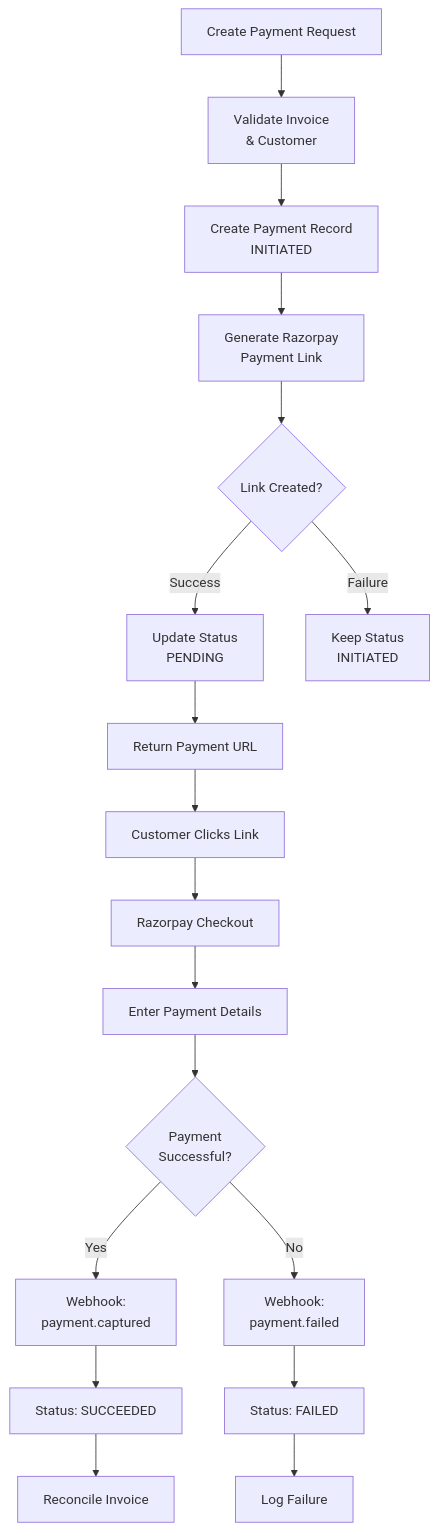
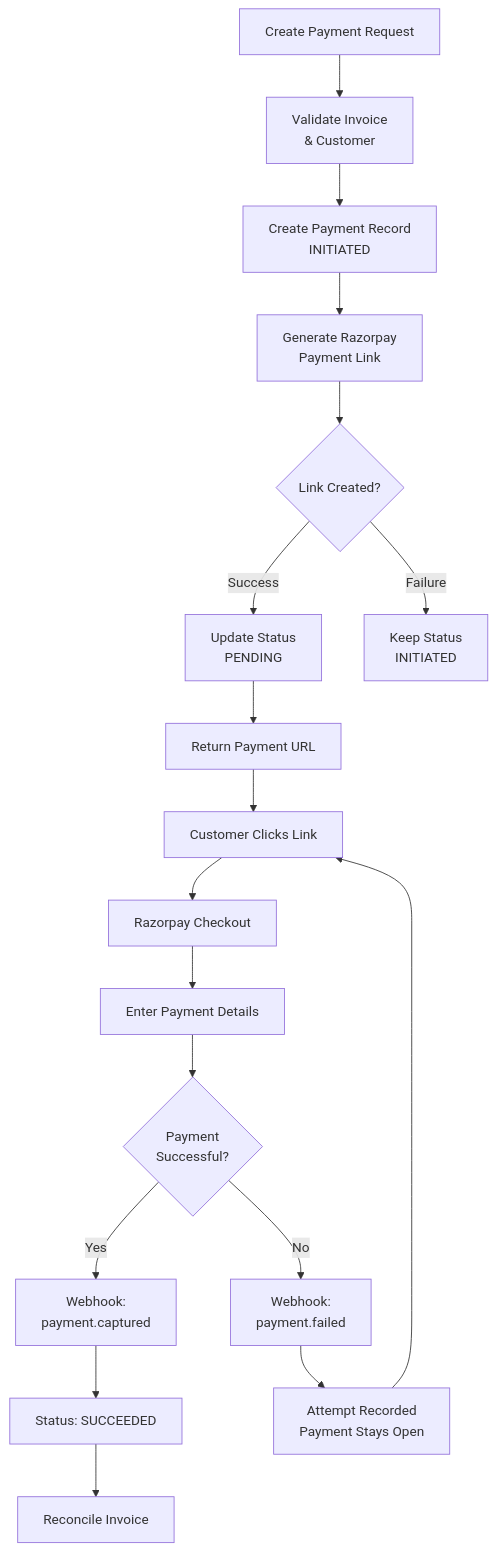
The diagram in integrations/razorpay/payment-links.mdx (flexprice/flexprice-docs), drawn with Mermaid before and after one commit. The commit also changed other lines of this file and 8 other files, not shown here.

````diff
--- a/integrations/razorpay/payment-links.mdx
+++ b/integrations/razorpay/payment-links.mdx
@@ -20,20 +20,20 @@
 ```mermaid
 graph TD
     A[Create Payment Request] --> B[Validate Invoice<br/>& Customer]
     B --> C[Create Payment Record<br/>INITIATED]
     C --> D[Generate Razorpay<br/>Payment Link]
     D --> E{Link Created?}
     E -->|Success| F[Update Status<br/>PENDING]
     E -->|Failure| G[Keep Status<br/>INITIATED]
     F --> H[Return Payment URL]
     H --> I[Customer Clicks Link]
     I --> J[Razorpay Checkout]
     J --> K[Enter Payment Details]
     K --> L{Payment<br/>Successful?}
     L -->|Yes| M[Webhook:<br/>payment.captured]
     L -->|No| N[Webhook:<br/>payment.failed]
     M --> O[Status: SUCCEEDED]
-    N --> P[Status: FAILED]
+    N --> P[Attempt Recorded<br/>Payment Stays Open]
     O --> Q[Reconcile Invoice]
-    P --> R[Log Failure]
+    P --> I
 ```
````
